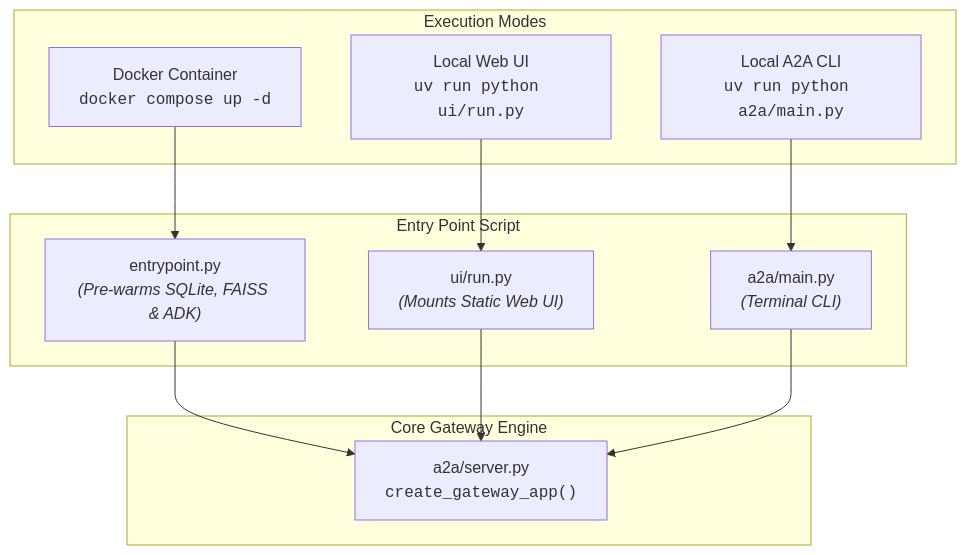
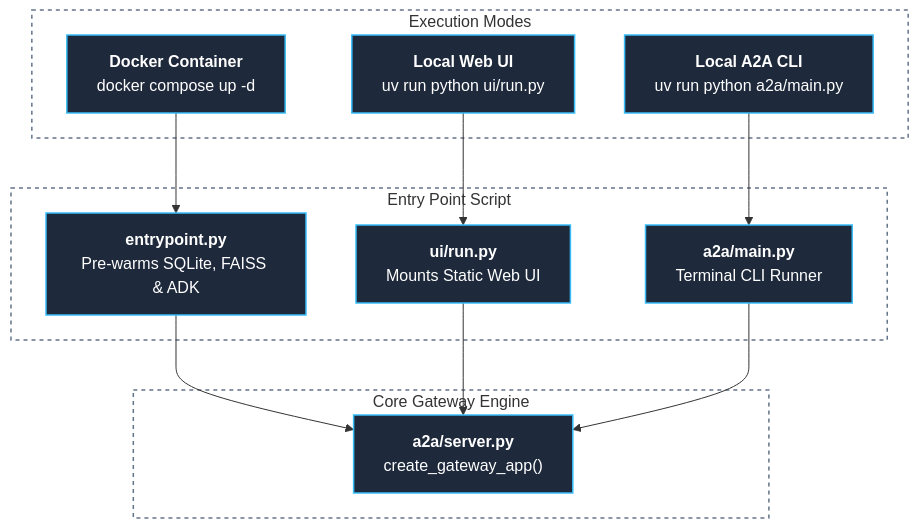
One commit to SachinMishra-ux/A2A_google changed the third of 3 diagrams in A2A_flow.md. Above: the diagram before and after it, drawn with Mermaid. The commit also changed other lines of this file, not shown here.

Commit message:
fix(docs): optimize Mermaid diagrams for universal Dark and Light theme readability

````diff
--- a/A2A_flow.md
+++ b/A2A_flow.md
@@ -219,25 +216,32 @@
 ```mermaid
 flowchart TD
-    subgraph Execution_Modes["Execution Modes"]
-        A["Docker Container<br/><code>docker compose up -d</code>"]
-        B["Local Web UI<br/><code>uv run python ui/run.py</code>"]
-        C["Local A2A CLI<br/><code>uv run python a2a/main.py</code>"]
+    subgraph Execution_Modes ["Execution Modes"]
+        A["<b>Docker Container</b><br/>docker compose up -d"]
+        B["<b>Local Web UI</b><br/>uv run python ui/run.py"]
+        C["<b>Local A2A CLI</b><br/>uv run python a2a/main.py"]
     end
 
-    subgraph Entrypoint_Files["Entry Point Script"]
-        EP["entrypoint.py<br/><i>(Pre-warms SQLite, FAISS & ADK)</i>"]
-        UIR["ui/run.py<br/><i>(Mounts Static Web UI)</i>"]
-        CLI["a2a/main.py<br/><i>(Terminal CLI)</i>"]
+    subgraph Entrypoint_Files ["Entry Point Script"]
+        EP["<b>entrypoint.py</b><br/>Pre-warms SQLite, FAISS & ADK"]
+        UIR["<b>ui/run.py</b><br/>Mounts Static Web UI"]
+        CLIS["<b>a2a/main.py</b><br/>Terminal CLI Runner"]
     end
 
-    subgraph Unified_Server["Core Gateway Engine"]
-        SRV["a2a/server.py<br/><code>create_gateway_app()</code>"]
+    subgraph Unified_Server ["Core Gateway Engine"]
+        SRV["<b>a2a/server.py</b><br/>create_gateway_app()"]
     end
 
     A --> EP
+    B --> UIR
+    C --> CLIS
     EP --> SRV
-    B --> UIR
     UIR --> SRV
-    C --> CLI
-    CLI --> SRV
+    CLIS --> SRV
+
+    %% Universal High-Contrast Theme Styling (Works in both Dark and Light modes)
+    style Execution_Modes fill:none,stroke:#64748b,stroke-width:1.5px,stroke-dasharray: 4 4
+    style Entrypoint_Files fill:none,stroke:#64748b,stroke-width:1.5px,stroke-dasharray: 4 4
+    style Unified_Server fill:none,stroke:#64748b,stroke-width:1.5px,stroke-dasharray: 4 4
+
+    classDef default fill:#1e293b,stroke:#38bdf8,stroke-width:1.5px,color:#ffffff;
 ```
````
